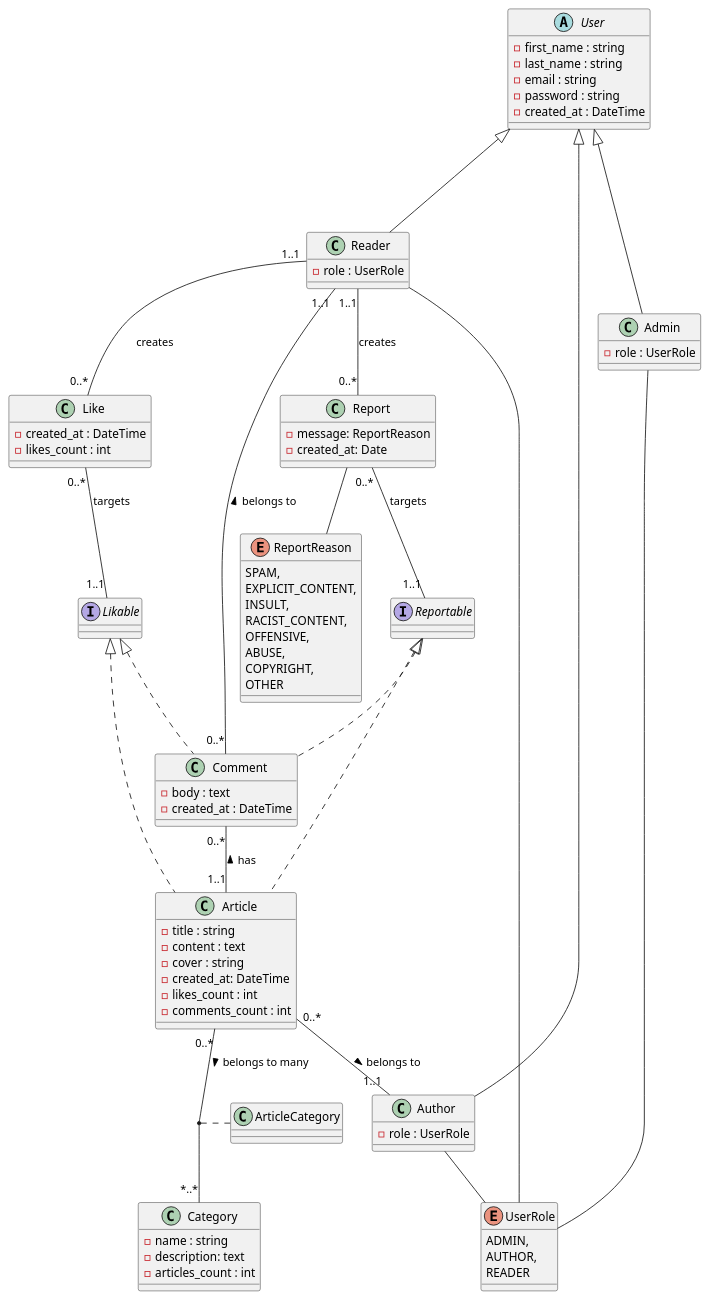
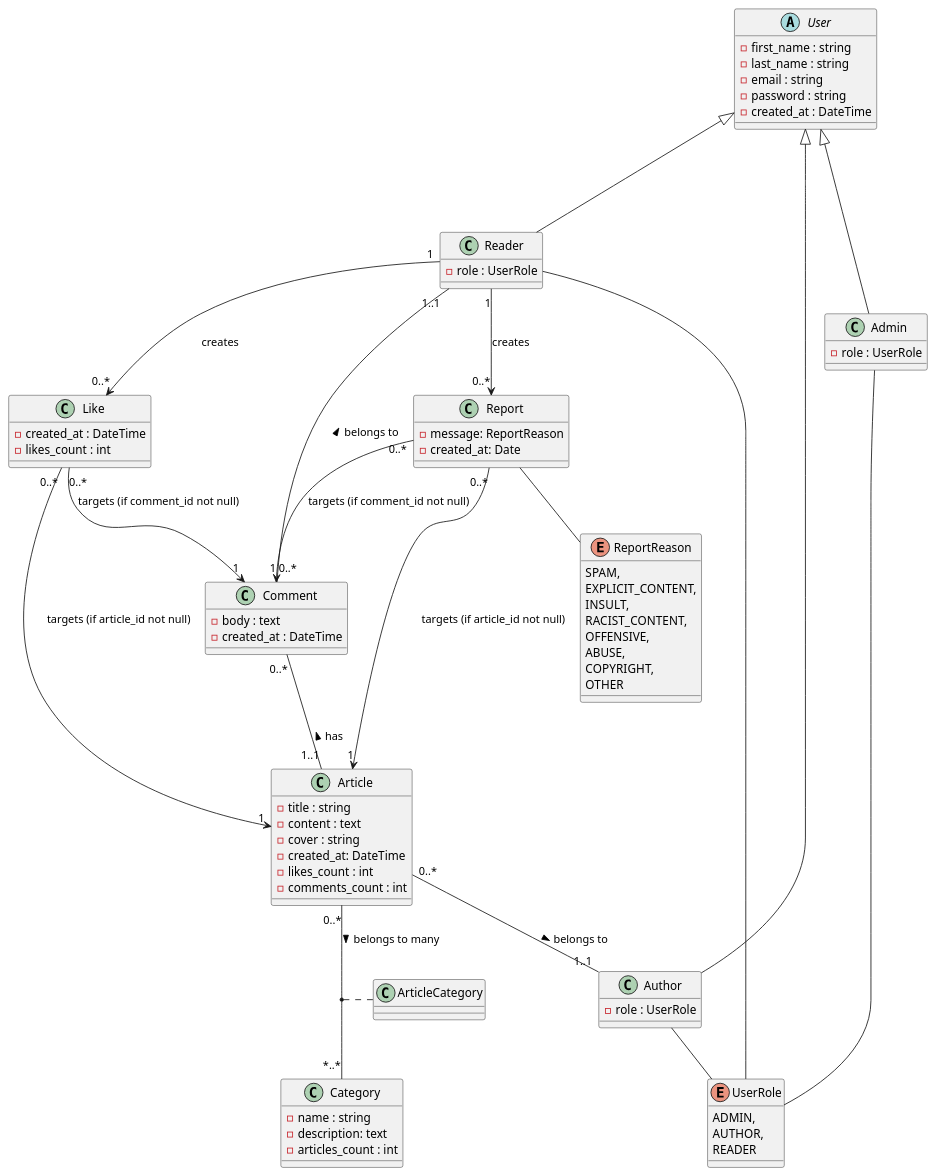
Before and after one commit to Badr-Eddine-Slaoui/YouCodeFirstYearSprintFourBriefTwo: the diagram in conception/class_diagram.puml, drawn with PlantUML.

Commit message:
Edit Class Diagram

```diff
--- a/conception/class_diagram.puml
+++ b/conception/class_diagram.puml
@@ -1,104 +1,94 @@
 @startuml
     abstract class User {
         - first_name : string
         - last_name : string
         - email : string
         - password : string
         - created_at : DateTime
     }
 
     enum UserRole{
         ADMIN,
         AUTHOR,
         READER
     }
 
     class Reader {
         - role : UserRole
     }
 
     class Author {
         - role : UserRole
     }
 
     class Admin {
         - role : UserRole
     }
 
 
     class Article {
         - title : string
         - content : text
         - cover : string
         - created_at: DateTime
         - likes_count : int
         - comments_count : int
     }
 
 
     class Comment {
         - body : text
         - created_at : DateTime
     }
 
     class Like {
         - created_at : DateTime
         - likes_count : int
     }
 
-    interface Likable {
-    }
-
     class Category {
         - name : string
         - description: text
         - articles_count : int
-    }
-
-    interface Reportable {
     }
 
     class Report {
         - message: ReportReason
         - created_at: Date
     }
 
     enum ReportReason{
         SPAM,
         EXPLICIT_CONTENT,
         INSULT,
         RACIST_CONTENT,
         OFFENSIVE,
         ABUSE,
         COPYRIGHT,
         OTHER
     }
 
     User <|--- Reader
     User <|--- Admin
     User <|--- Author
 
     Reader -- UserRole
     Admin -- UserRole
     Author -- UserRole
 
-    Likable <|.. Article
-    Likable <|.. Comment
-
-    Reportable <|.. Article
-    Reportable <|.. Comment
-
 
     Article "0..*" -- "1..1" Author : belongs to >
     Article "0..*" -- "*..*" Category : belongs to many >
     (Article, Category) .. ArticleCategory
     Comment "0..*" -- "1..1" Reader : belongs to >
     Comment "0..*" -- "1..1" Article : has <
-    Reader "1..1" -- "0..*" Like : creates
-    Like "0..*" -- "1..1" Likable : targets
-    Reader "1..1" -- "0..*" Report : creates
-    Report "0..*" -- "1..1" Reportable : targets
     Report -- ReportReason
+    Reader "1" --> "0..*" Like : creates
+    Like "0..*" --> "1" Article : targets (if article_id not null)
+    Like "0..*" --> "1" Comment : targets (if comment_id not null)
+    Reader "1" --> "0..*" Report : creates
+    Report "0..*" --> "1" Article : targets (if article_id not null)
+    Report "0..*" --> "1" Comment : targets (if comment_id not null)
 
 
 @endumlb
```
